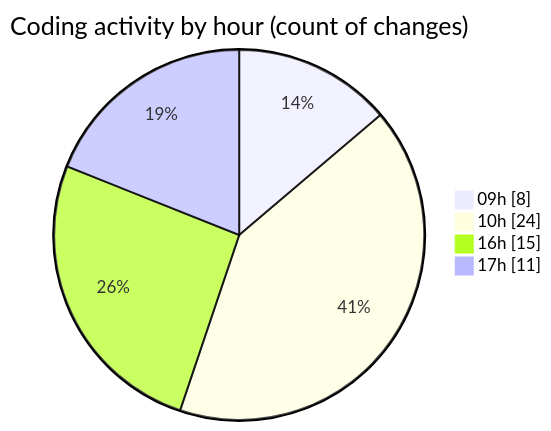
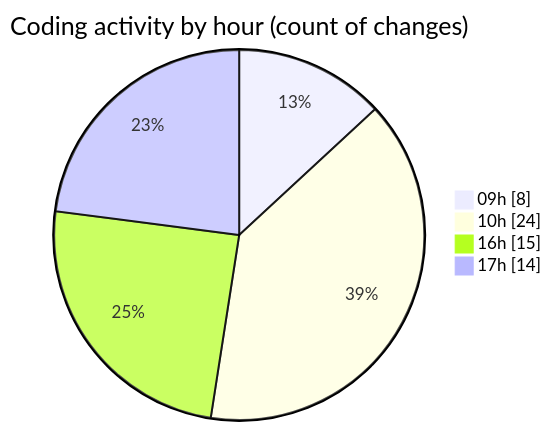
The second of 2 diagrams in 2025-10-09/eventscop-frontend-guide__workspace_/README.md (julien-gomy/code-tracking), drawn with Mermaid before and after one commit. The commit also changed other lines of this file and 1 other file, not shown here.

````diff
--- a/2025-10-09/eventscop-frontend-guide__workspace_/README.md
+++ b/2025-10-09/eventscop-frontend-guide__workspace_/README.md
@@ -50,8 +50,8 @@
 ```mermaid
 pie showData
 title Coding activity by hour (count of changes)
 "09h" : 8
 "10h" : 24
 "16h" : 15
-"17h" : 11
+"17h" : 14
 ```
````
